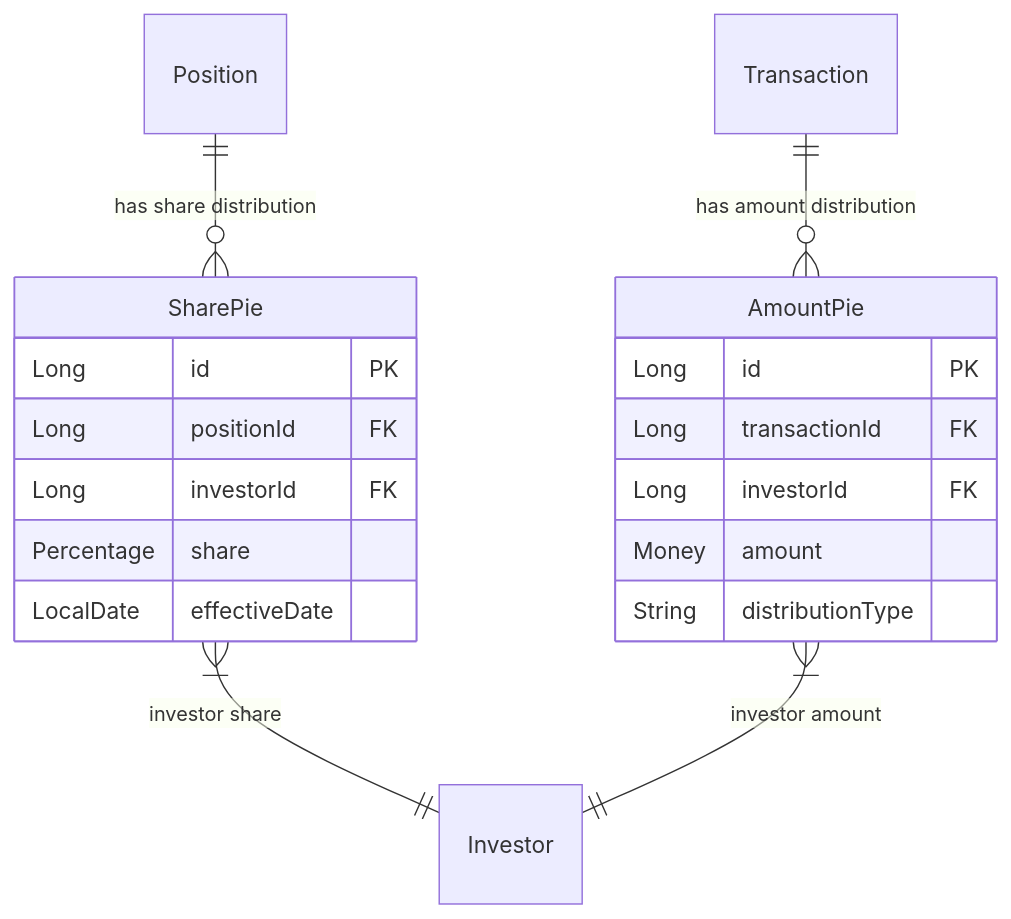
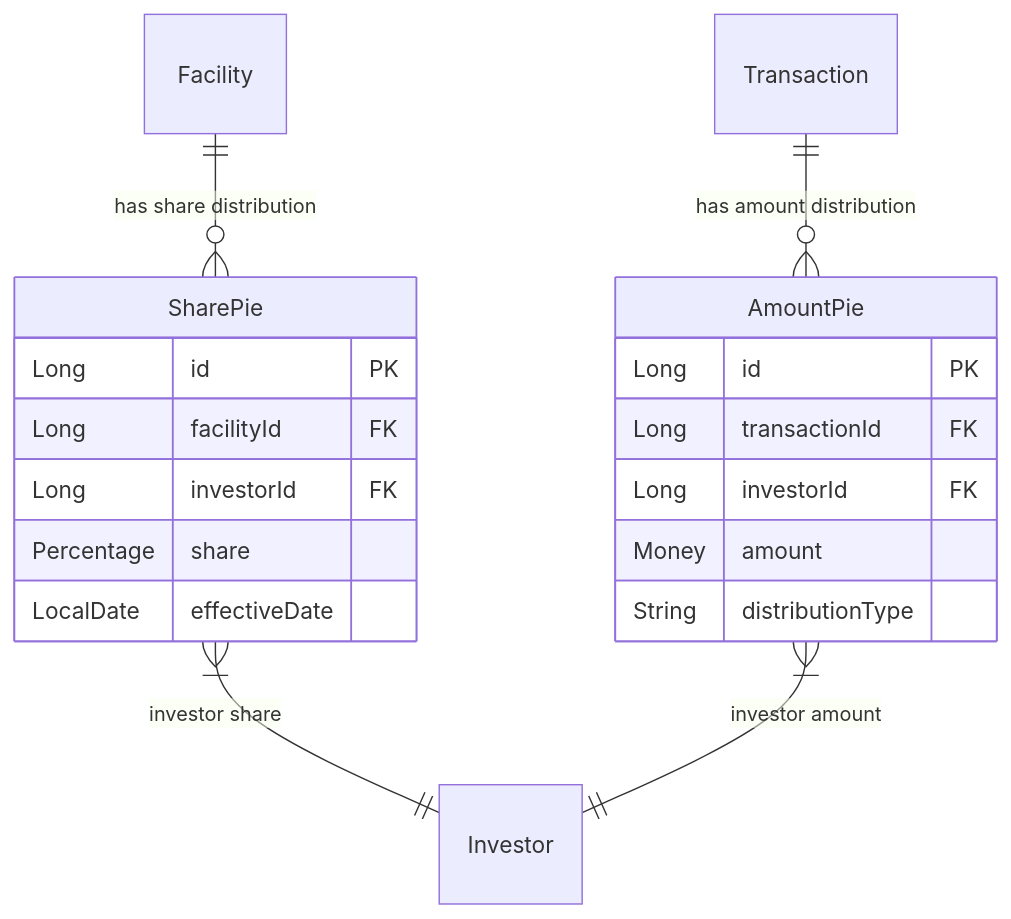
One commit to tis-abe-akira/ddd-ai changed the fifth of 9 diagrams in data-model.md. Above: the diagram before and after it, drawn with Mermaid. The commit also changed other lines of this file and 5 other files, not shown here.

````diff
--- a/data-model.md
+++ b/data-model.md
@@ -305,23 +312,23 @@
 ```mermaid
 erDiagram
     SharePie {
         Long id PK
-        Long positionId FK
+        Long facilityId FK
         Long investorId FK
         Percentage share
         LocalDate effectiveDate
     }
 
     AmountPie {
         Long id PK
         Long transactionId FK
         Long investorId FK
         Money amount
         String distributionType
     }
 
-    Position ||--o{ SharePie : "has share distribution"
+    Facility ||--o{ SharePie : "has share distribution"
     Transaction ||--o{ AmountPie : "has amount distribution"
     SharePie }|--|| Investor : "investor share"
     AmountPie }|--|| Investor : "investor amount"
 ```
````
